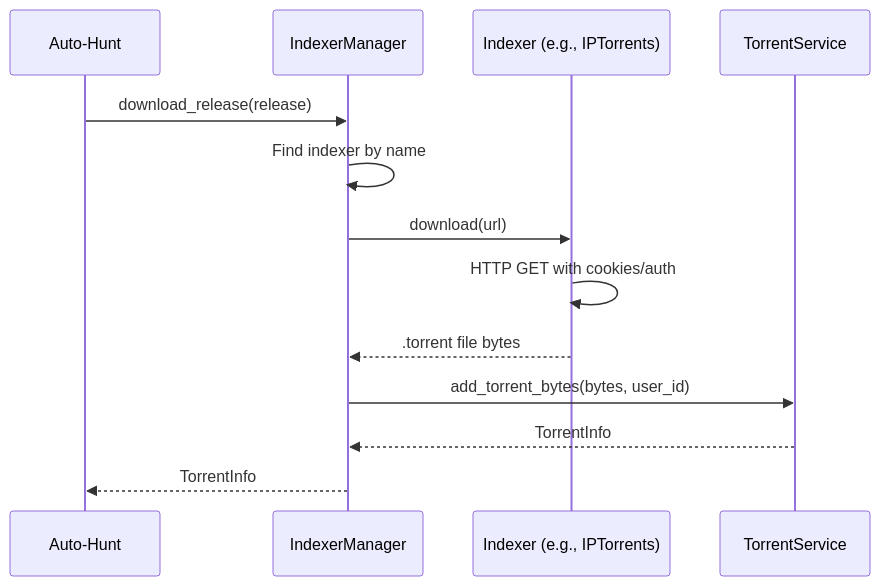
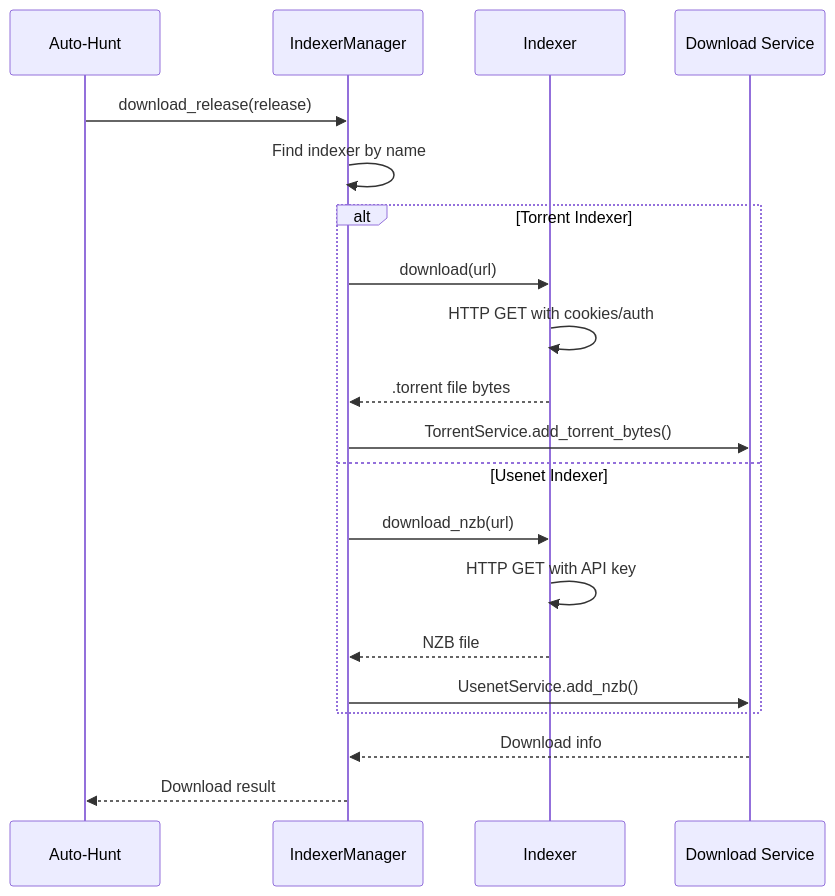
Before and after one commit to Dastari/librarian: diagram 20 of 24 in docs/flows.md, drawn with Mermaid. The commit also changed other lines of this file and 59 other files, not shown here.

````diff
--- a/docs/flows.md
+++ b/docs/flows.md
@@ -681,16 +710,25 @@
 ```mermaid
 sequenceDiagram
     participant Hunt as Auto-Hunt
     participant IM as IndexerManager
-    participant Idx as Indexer (e.g., IPTorrents)
-    participant TS as TorrentService
+    participant Idx as Indexer
+    participant DL as Download Service
     
     Hunt->>IM: download_release(release)
     IM->>IM: Find indexer by name
-    IM->>Idx: download(url)
-    Idx->>Idx: HTTP GET with cookies/auth
-    Idx-->>IM: .torrent file bytes
-    IM->>TS: add_torrent_bytes(bytes, user_id)
-    TS-->>IM: TorrentInfo
-    IM-->>Hunt: TorrentInfo
+    
+    alt Torrent Indexer
+        IM->>Idx: download(url)
+        Idx->>Idx: HTTP GET with cookies/auth
+        Idx-->>IM: .torrent file bytes
+        IM->>DL: TorrentService.add_torrent_bytes()
+    else Usenet Indexer
+        IM->>Idx: download_nzb(url)
+        Idx->>Idx: HTTP GET with API key
+        Idx-->>IM: NZB file
+        IM->>DL: UsenetService.add_nzb()
+    end
+    
+    DL-->>IM: Download info
+    IM-->>Hunt: Download result
 ```
````
